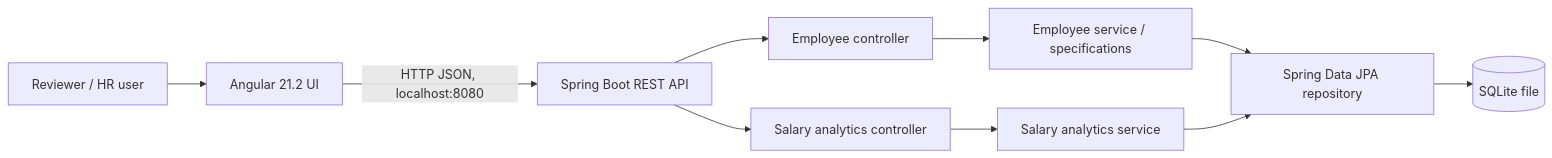
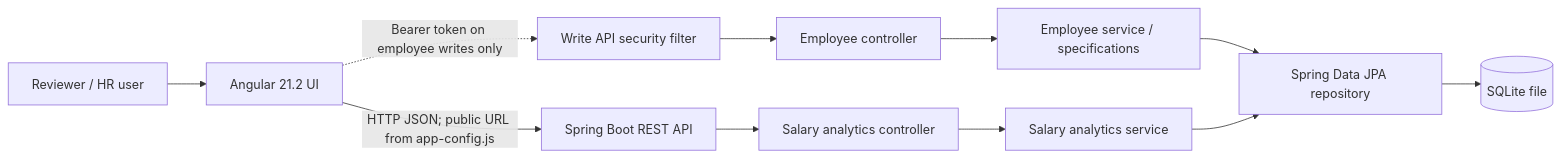
The first of 6 diagrams in docs/architecture-diagrams.md (Pravesh8818-tech/incubyte-salary-management), drawn with Mermaid before and after one commit. The commit also changed other lines of this file and 23 other files, not shown here.

````diff
--- a/docs/architecture-diagrams.md
+++ b/docs/architecture-diagrams.md
@@ -7,12 +7,13 @@
 ```mermaid
 flowchart LR
     HR[Reviewer / HR user] --> UI[Angular 21.2 UI]
-    UI -->|HTTP JSON, localhost:8080| API[Spring Boot REST API]
-    API --> EC[Employee controller]
+    UI -->|HTTP JSON; public URL from app-config.js| API[Spring Boot REST API]
+    UI -.->|Bearer token on employee writes only| SEC[Write API security filter]
+    SEC --> EC[Employee controller]
     API --> AC[Salary analytics controller]
     EC --> ES[Employee service / specifications]
     AC --> AS[Salary analytics service]
     ES --> ER[Spring Data JPA repository]
     AS --> ER
     ER --> DB[(SQLite file)]
 ```
````
